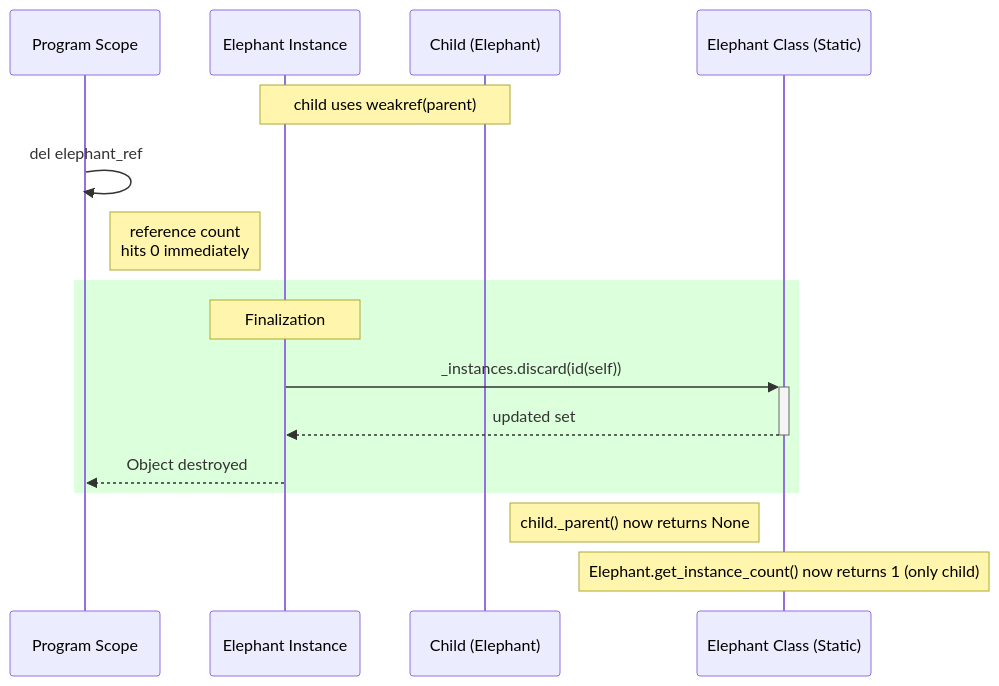
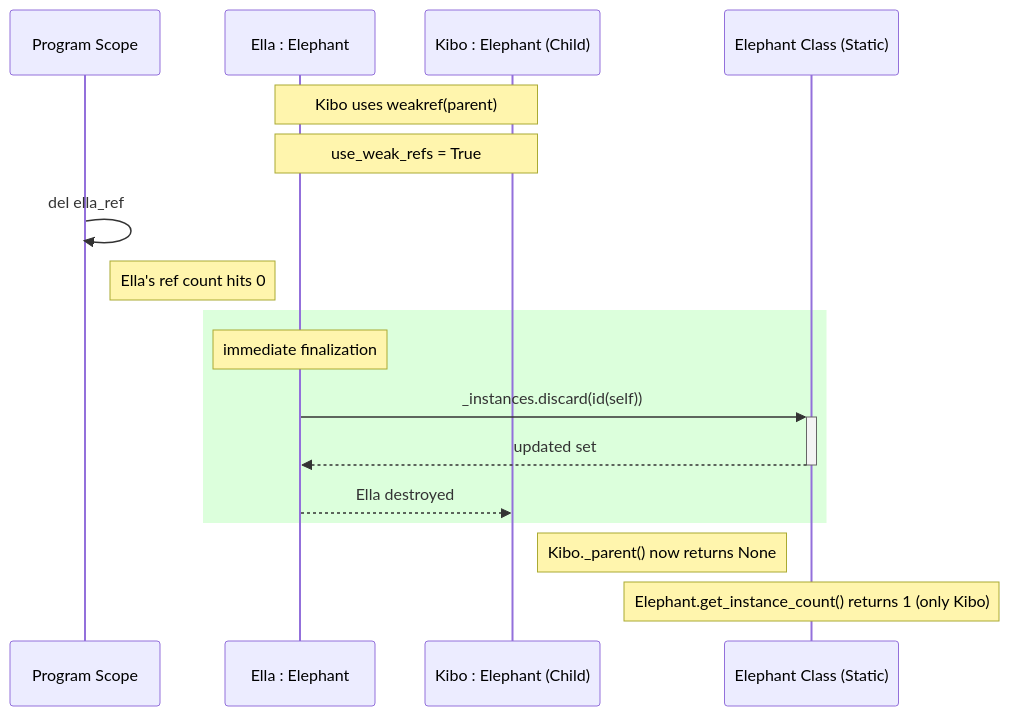
One commit to sebastianbichler/IU_2026_EF_LE_BER_VC_Python changed the fourth of 4 diagrams in src/student_projects/g07/docs/concept/diagrams/SequenceDiagrams.md. Above: the diagram before and after it, drawn with Mermaid. The commit also changed other lines of this file and 3 other files, not shown here.

Commit message:
updated diagrams

````diff
--- a/src/student_projects/g07/docs/concept/diagrams/SequenceDiagrams.md
+++ b/src/student_projects/g07/docs/concept/diagrams/SequenceDiagrams.md
@@ -116,24 +144,25 @@
 ```mermaid
 sequenceDiagram
     participant P as Program Scope
-    participant E as Elephant Instance
-    participant C as Child (Elephant)
+    participant E as Ella : Elephant
+    participant K as Kibo : Elephant (Child)
     participant CL as Elephant Class (Static)
     
-    Note over E, C: child uses weakref(parent)
+    Note over E, K: Kibo uses weakref(parent)
+    Note over E, K: use_weak_refs = True
     
-    P ->> P: del elephant_ref
+    P ->> P: del ella_ref
     
-    Note right of P: reference count<br>hits 0 immediately
-
+    Note right of P: Ella's ref count hits 0
+    
     rect rgb(220, 255, 220)
-        Note over E: Finalization
+        Note over E: immediate finalization
         
         E ->>+  CL : _instances.discard(id(self))
         CL -->>- E : updated set
-        E -->> P   : Object destroyed
+        E -->> K   : Ella destroyed
     end
 
-    Note right of C: child._parent() now returns None
-    Note over CL: Elephant.get_instance_count() now returns 1 (only child)
+    Note right of K: Kibo._parent() now returns None
+    Note over CL: Elephant.get_instance_count() returns 1 (only Kibo)
 ```
````
